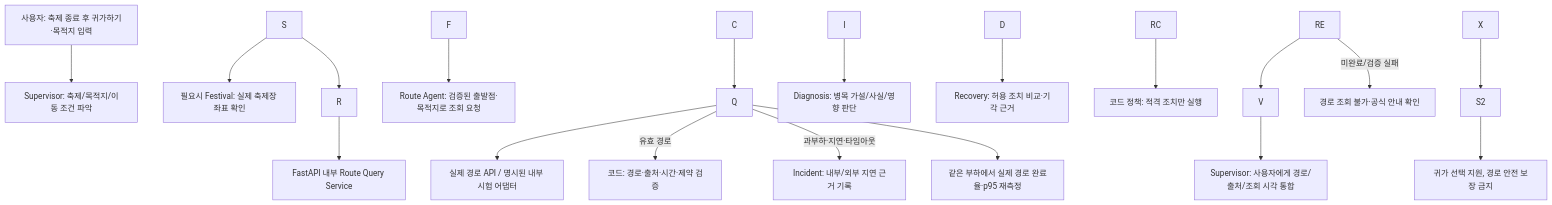
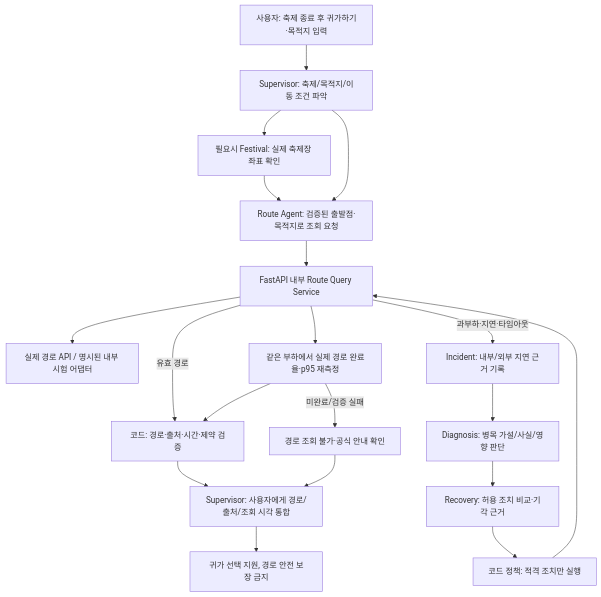
One commit to yubeenjjang/Final3team changed the third of 4 diagrams in Docs/Step 1/놀다가_기획서.md. Above: the diagram before and after it, drawn with Mermaid. The commit also changed other lines of this file and 2 other files, not shown here.

````diff
--- a/Docs/Step 1/놀다가_기획서.md
+++ b/Docs/Step 1/놀다가_기획서.md
@@ -1077,21 +1054,21 @@
 ```mermaid
 flowchart TD
-  U\[사용자: 축제 종료 후 귀가하기·목적지 입력] --> S\[Supervisor: 축제/목적지/이동 조건 파악]
-  S --> F\[필요시 Festival: 실제 축제장 좌표 확인]
-  F --> R\[Route Agent: 검증된 출발점·목적지로 조회 요청]
+  U[사용자: 축제 종료 후 귀가하기·목적지 입력] --> S[Supervisor: 축제/목적지/이동 조건 파악]
+  S --> F[필요시 Festival: 실제 축제장 좌표 확인]
+  F --> R[Route Agent: 검증된 출발점·목적지로 조회 요청]
   S --> R
-  R --> Q\[FastAPI 내부 Route Query Service]
-  Q --> P\[실제 경로 API / 명시된 내부 시험 어댑터]
-  Q -->|유효 경로| V\[코드: 경로·출처·시간·제약 검증]
-  Q -->|과부하·지연·타임아웃| I\[Incident: 내부/외부 지연 근거 기록]
-  I --> D\[Diagnosis: 병목 가설/사실/영향 판단]
-  D --> RC\[Recovery: 허용 조치 비교·기각 근거]
-  RC --> C\[코드 정책: 적격 조치만 실행]
+  R --> Q[FastAPI 내부 Route Query Service]
+  Q --> P[실제 경로 API / 명시된 내부 시험 어댑터]
+  Q -->|유효 경로| V[코드: 경로·출처·시간·제약 검증]
+  Q -->|과부하·지연·타임아웃| I[Incident: 내부/외부 지연 근거 기록]
+  I --> D[Diagnosis: 병목 가설/사실/영향 판단]
+  D --> RC[Recovery: 허용 조치 비교·기각 근거]
+  RC --> C[코드 정책: 적격 조치만 실행]
   C --> Q
-  Q --> RE\[같은 부하에서 실제 경로 완료율·p95 재측정]
+  Q --> RE[같은 부하에서 실제 경로 완료율·p95 재측정]
   RE --> V
-  V --> S2\[Supervisor: 사용자에게 경로/출처/조회 시각 통합]
-  RE -->|미완료/검증 실패| X\[경로 조회 불가·공식 안내 확인]
+  V --> S2[Supervisor: 사용자에게 경로/출처/조회 시각 통합]
+  RE -->|미완료/검증 실패| X[경로 조회 불가·공식 안내 확인]
   X --> S2
-  S2 --> OUT\[귀가 선택 지원, 경로 안전 보장 금지]
+  S2 --> OUT[귀가 선택 지원, 경로 안전 보장 금지]
 ```
````
